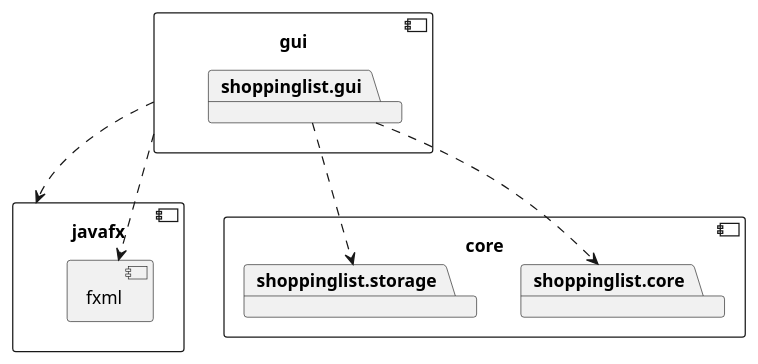
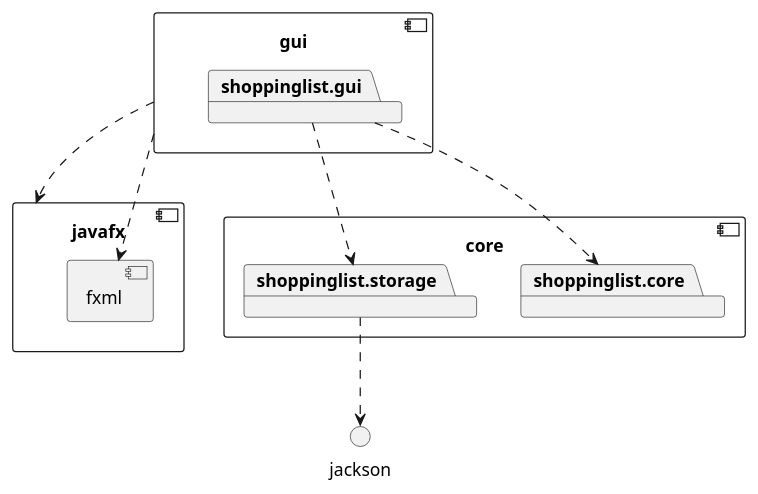
Before and after one commit to Espenbfo/shopping-list-java-project: the diagram in shoppinglist/architecture.puml, drawn with PlantUML.

```diff
--- a/shoppinglist/architecture.puml
+++ b/shoppinglist/architecture.puml
@@ -1,22 +1,23 @@
 @startuml
 
 component core {
 	package shoppinglist.core
 	package shoppinglist.storage
 }
 
 component gui {
 	package shoppinglist.gui
 }
 
 component javafx {
 	component fxml {
 	}
 }
 
 shoppinglist.gui ..> shoppinglist.core
 shoppinglist.gui ..> shoppinglist.storage
 gui ..> javafx
 gui ..> fxml
+shoppinglist.storage ..> jackson
 
 @enduml
```
